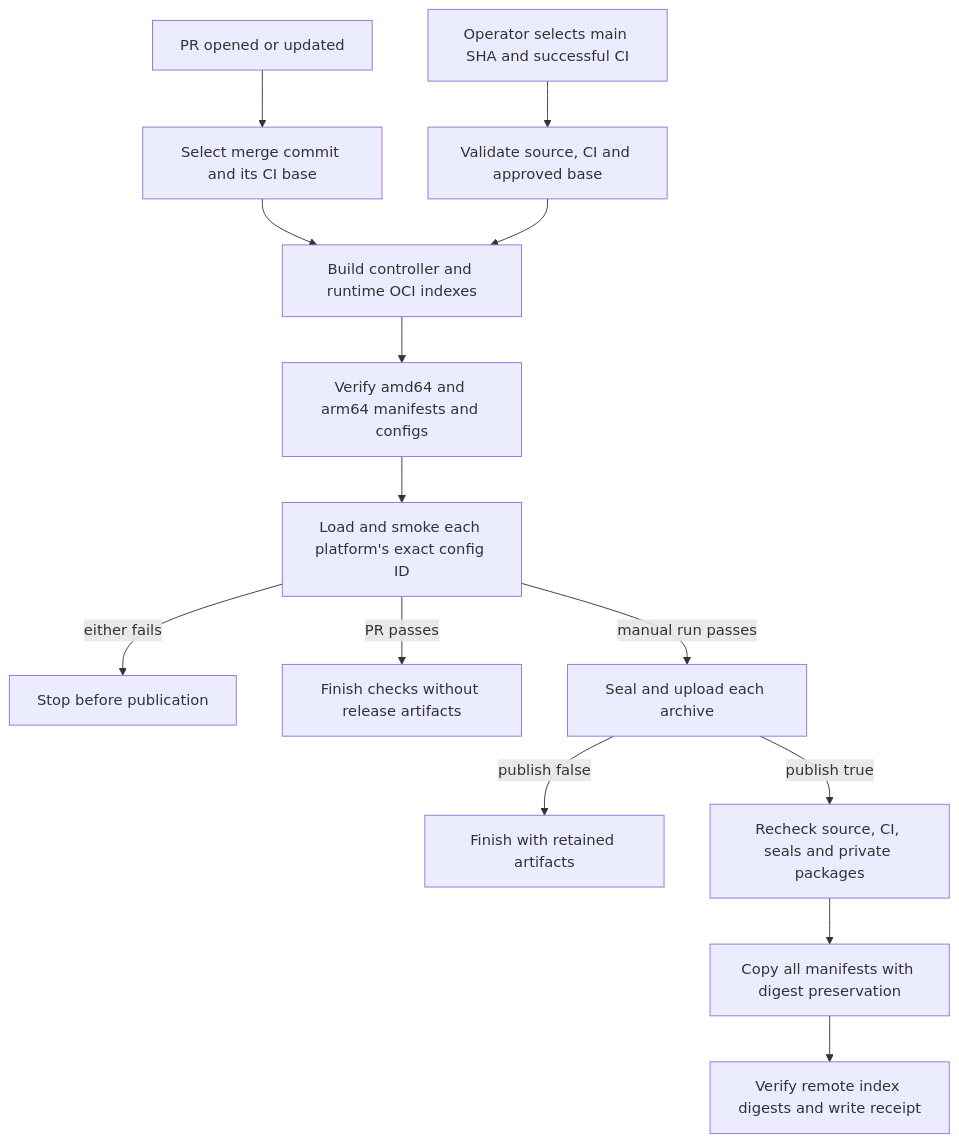
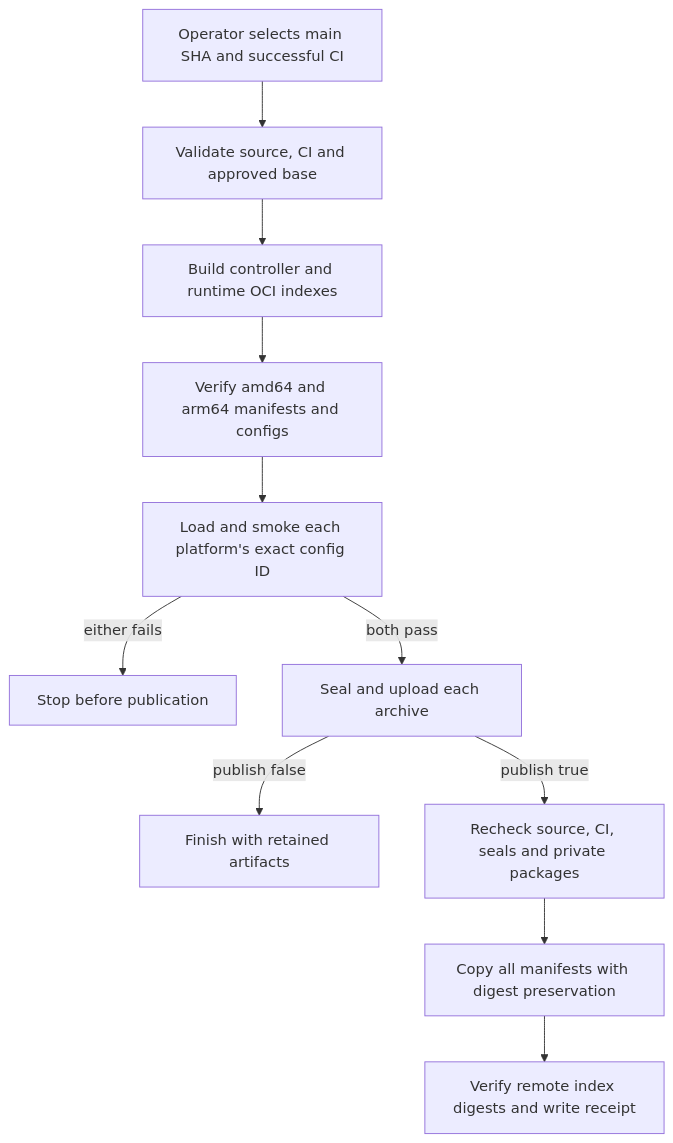
Before and after one commit to openclaw/openclaw-enterprise: the diagram in docs/flows/container-publication.md, drawn with Mermaid. The commit also changed other lines of this file and 8 other files, not shown here.

Commit message:
build(runtime): update OpenClaw source

````diff
--- a/docs/flows/container-publication.md
+++ b/docs/flows/container-publication.md
@@ -32,16 +29,13 @@
 ```mermaid
 graph TD
   A["Operator selects main SHA and successful CI"] --> B["Validate source, CI and approved base"]
-  P["PR opened or updated"] --> Q["Select merge commit and its CI base"]
-  Q --> C["Build controller and runtime OCI indexes"]
-  B --> C
+  B --> C["Build controller and runtime OCI indexes"]
   C --> D["Verify amd64 and arm64 manifests and configs"]
   D --> E["Load and smoke each platform's exact config ID"]
   E -->|either fails| X["Stop before publication"]
-  E -->|PR passes| R["Finish checks without release artifacts"]
-  E -->|manual run passes| F["Seal and upload each archive"]
+  E -->|both pass| F["Seal and upload each archive"]
   F -->|publish false| G["Finish with retained artifacts"]
   F -->|publish true| I["Recheck source, CI, seals and private packages"]
   I --> J["Copy all manifests with digest preservation"]
   J --> K["Verify remote index digests and write receipt"]
 ```
````
